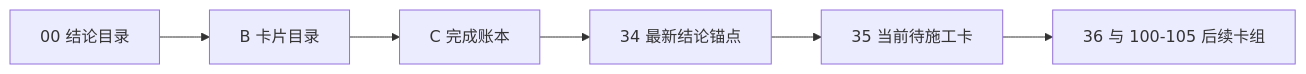
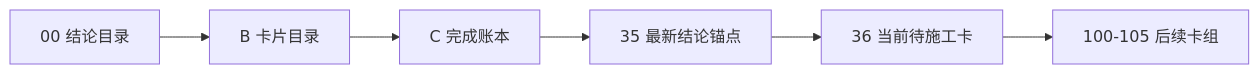
Before and after one commit to everything-is-simple/lifespan-0.01: the diagram in docs/03-execution/A-execution-reading-order-20260409.md, drawn with Mermaid. The commit also changed other lines of this file and 22 other files, not shown here.

````diff
--- a/docs/03-execution/A-execution-reading-order-20260409.md
+++ b/docs/03-execution/A-execution-reading-order-20260409.md
@@ -25,8 +24,8 @@
 ```mermaid
 flowchart LR
     CONC["00 结论目录"] --> BCAT["B 卡片目录"]
     BCAT --> CLED["C 完成账本"]
-    CLED --> ANC["34 最新结论锚点"]
-    ANC --> NEXT["35 当前待施工卡"]
-    NEXT --> POST["36 与 100-105 后续卡组"]
+    CLED --> ANC["35 最新结论锚点"]
+    ANC --> NEXT["36 当前待施工卡"]
+    NEXT --> POST["100-105 后续卡组"]
 ```
````
